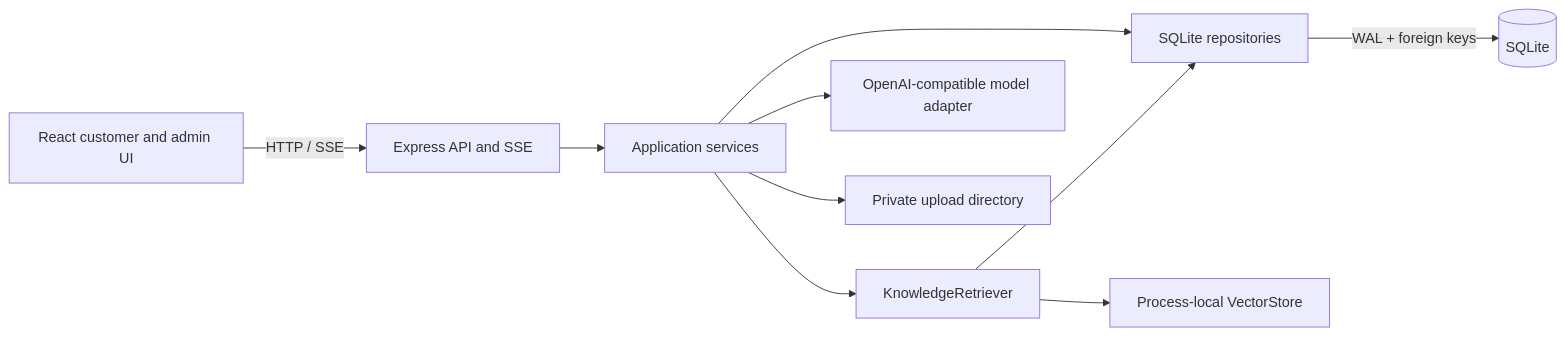
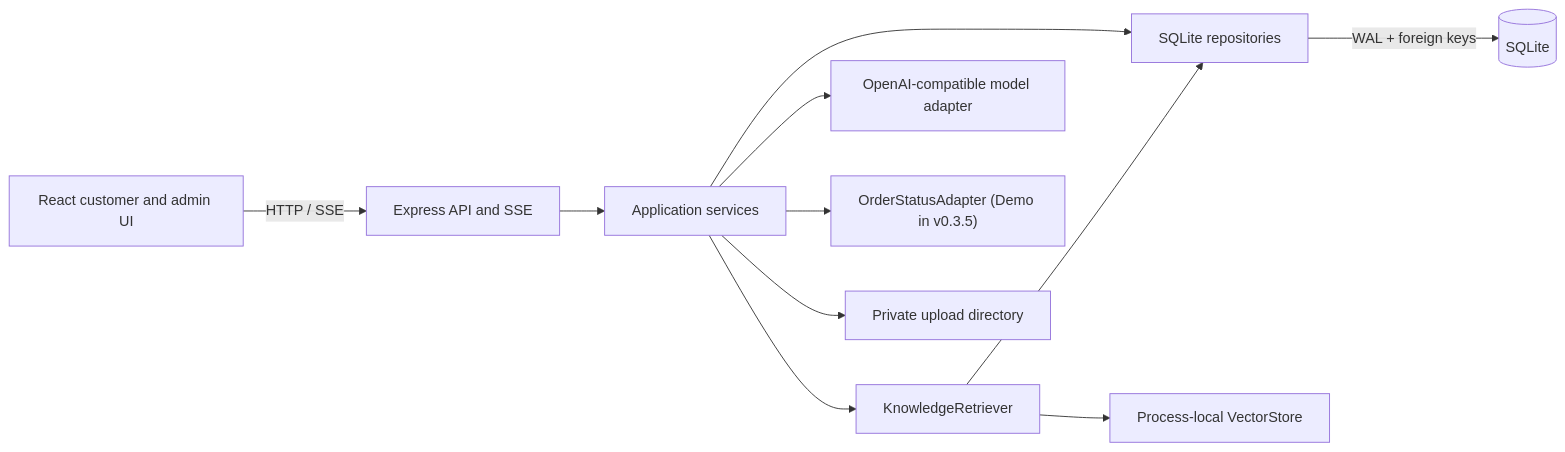
One commit to Rcloudso/smart-customer-service-ai changed the first of 3 diagrams in ARCHITECTURE.md. Above: the diagram before and after it, drawn with Mermaid. The commit also changed other lines of this file and 16 other files, not shown here.

````diff
--- a/ARCHITECTURE.md
+++ b/ARCHITECTURE.md
@@ -11,21 +11,23 @@
 ```mermaid
 flowchart LR
   Browser["React customer and admin UI"]
   API["Express API and SSE"]
   Services["Application services"]
   Repos["SQLite repositories"]
   Retrieval["KnowledgeRetriever"]
   Index["Process-local VectorStore"]
   Model["OpenAI-compatible model adapter"]
+  OrderAdapter["OrderStatusAdapter (Demo in v0.3.5)"]
   Files["Private upload directory"]
 
   Browser -->|"HTTP / SSE"| API
   API --> Services
   Services --> Repos
   Services --> Retrieval
   Services --> Model
+  Services --> OrderAdapter
   Repos -->|"WAL + foreign keys"| SQLite[(SQLite)]
   Retrieval --> Repos
   Retrieval --> Index
   Services --> Files
 ```
````
